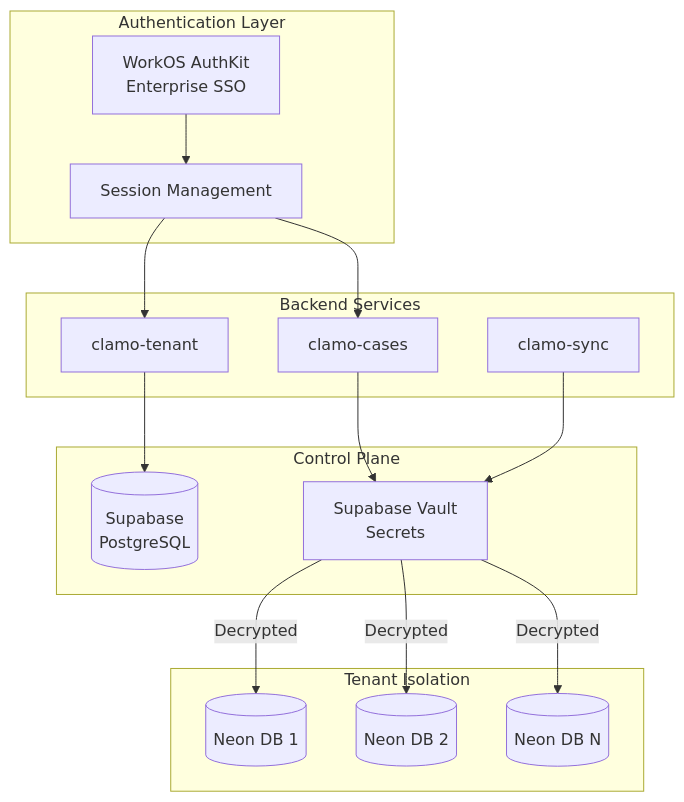
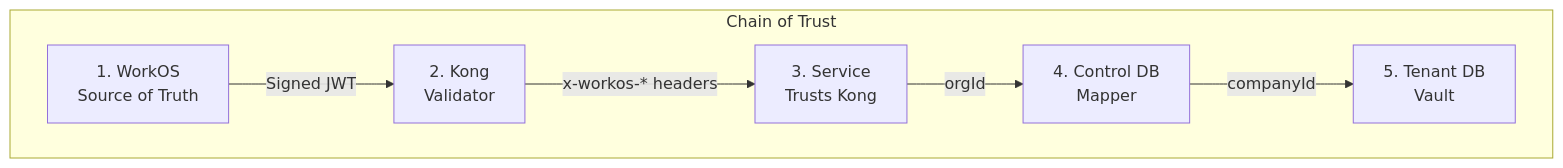
Before and after one commit to GetClamo/docs: the first of 3 diagrams in en/architecture/security.mdx, drawn with Mermaid. The commit also changed other lines of this file and 10 other files, not shown here.

First line of the commit message:
docs: update architecture documentation for data model, RRS pattern, service SDKs, and security

````diff
--- a/en/architecture/security.mdx
+++ b/en/architecture/security.mdx
@@ -12,36 +12,15 @@
 ```mermaid
 flowchart TB
-    subgraph Auth [Authentication Layer]
-        WorkOS[WorkOS AuthKit<br/>Enterprise SSO]
-        Session[Session Management]
+    subgraph Trust [Chain of Trust]
+        WorkOS[1. WorkOS<br/>Source of Truth]
+        Kong[2. Kong<br/>Validator]
+        Service[3. Service<br/>Trusts Kong]
+        Control[4. Control DB<br/>Mapper]
+        Tenant[5. Tenant DB<br/>Vault]
     end
     
-    subgraph Control [Control Plane]
-        Supabase[(Supabase<br/>PostgreSQL)]
-        Vault[Supabase Vault<br/>Secrets]
-    end
-    
-    subgraph Tenant [Tenant Isolation]
-        Neon1[(Neon DB 1)]
-        Neon2[(Neon DB 2)]
-        NeonN[(Neon DB N)]
-    end
-    
-    subgraph Services [Backend Services]
-        TenantSvc[clamo-tenant]
-        CasesSvc[clamo-cases]
-        Sync[clamo-sync]
-    end
-    
-    WorkOS --> Session
-    Session --> TenantSvc
-    Session --> CasesSvc
-    
-    TenantSvc --> Supabase
-    CasesSvc --> Vault
-    Sync --> Vault
-    
-    Vault -->|Decrypted| Neon1
-    Vault -->|Decrypted| Neon2
-    Vault -->|Decrypted| NeonN
+    WorkOS -->|Signed JWT| Kong
+    Kong -->|x-workos-* headers| Service
+    Service -->|orgId| Control
+    Control -->|companyId| Tenant
 ```
````
